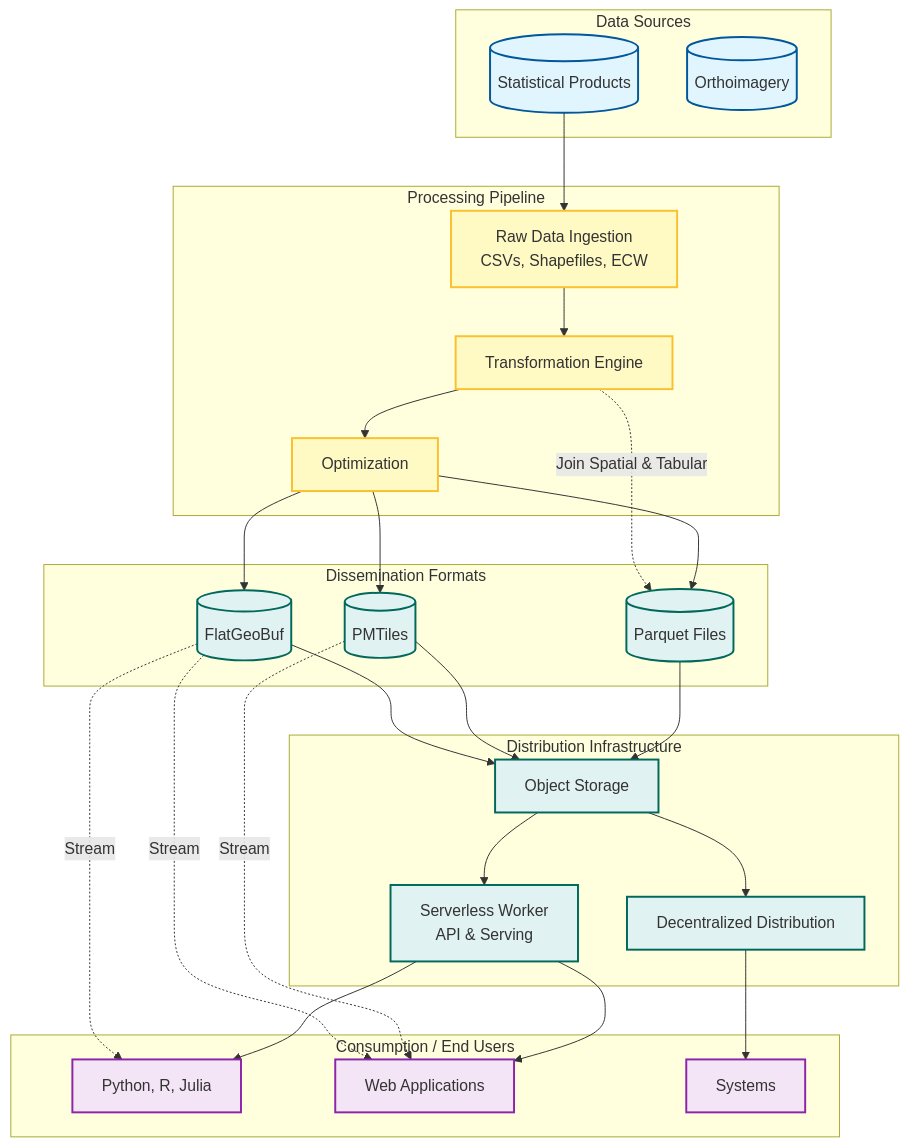
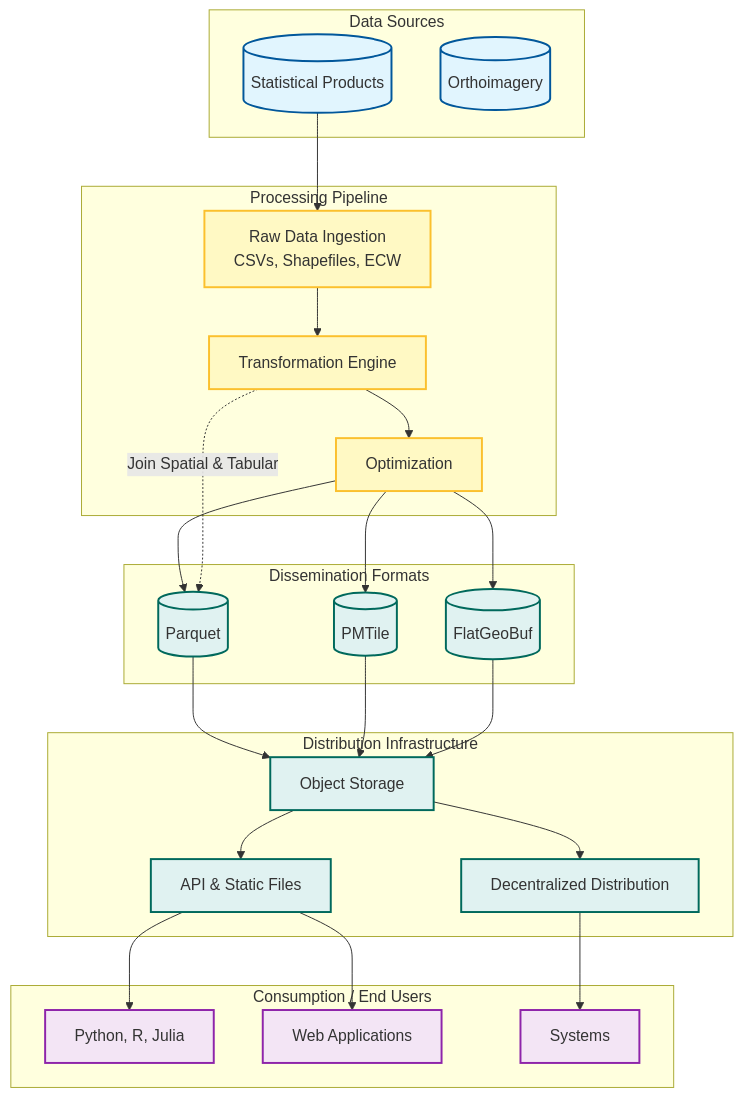
The diagram in content/_index.md (dataforcanada/www.dataforcanada.org), drawn with Mermaid before and after one commit.

Commit message:
Update high-level overview diagram on homepage

````diff
--- a/content/_index.md
+++ b/content/_index.md
@@ -23,64 +23,64 @@
 ```mermaid
 flowchart TD
     %% Define Styles
     classDef source fill:#e1f5fe,stroke:#01579b,stroke-width:2px
     classDef process fill:#fff9c4,stroke:#fbc02d,stroke-width:2px
     classDef storage fill:#e0f2f1,stroke:#00695c,stroke-width:2px
     classDef consumer fill:#f3e5f5,stroke:#8e24aa,stroke-width:2px
 
     subgraph "Data Sources"
         StatProducts[("Statistical Products")]:::source
         Orthoimagery[("Orthoimagery")]:::source
     end
 
     subgraph "Processing Pipeline"
         Raw[Raw Data Ingestion<br/>CSVs, Shapefiles, ECW]:::process
         Transform[Transformation Engine]:::process
         Opt[Optimization]:::process
     end
 
     subgraph "Dissemination Formats"
-        Parquet[("Parquet Files")]:::storage
-        PMTiles[("PMTiles")]:::storage
+        Parquet[("Parquet")]:::storage
+        PMTiles[("PMTile")]:::storage
         FlatGeoBuf[("FlatGeoBuf")]:::storage
     end
 
     subgraph "Distribution Infrastructure"
         ObjectStorage[Object Storage]:::storage
         DecentralizedDistribution[Decentralized Distribution]:::storage
-        Serverless[Serverless Worker<br/>API & Serving]:::storage
+        Serverless[API & Static Files]:::storage
     end
 
     subgraph "Consumption / End Users"
         DataSci[DuckDB, Python, QGIS, Jupyter]:::consumer
         WebApps[Web Applications]:::consumer
         DataSci[Python, R, Julia]:::consumer
         Systems[Systems]:::consumer
     end
 
     %% Relationships
     StatProducts --> Raw
     Raw --> Transform
     Transform --> Opt
     Opt --> Parquet
     Opt --> PMTiles
     Opt --> FlatGeoBuf
     Parquet --> ObjectStorage
     PMTiles --> ObjectStorage
     FlatGeoBuf --> ObjectStorage
     ObjectStorage --> DecentralizedDistribution
     ObjectStorage --> Serverless
     DecentralizedDistribution --> Systems
     Serverless --> WebApps
     Serverless --> DataSci
 
     %% Concept Annotations
     Transform -.->|"Join Spatial & Tabular"| Parquet
-    PMTiles -.->|"Stream"| WebApps
-    FlatGeoBuf -.->|"Stream"|DataSci
-    FlatGeoBuf -.->|"Stream"|WebApps
 
+    click Parquet "https://github.com/apache/parquet-format" _blank
+    click FlatGeoBuf "https://flatgeobuf.org" _blank
+    click PMTiles "https://github.com/protomaps/PMTiles/blob/main/spec/v3/spec.md" _blank
     click StatProducts "https://www.dataforcanada.org/docs/processes/statistical_products/" _blank
     click Orthoimagery "https://www.dataforcanada.org/docs/processes/orthoimagery/" _blank
     click DecentralizedDistribution "https://www.dataforcanada.org/docs/dissemination/" _blank
 ```
````
